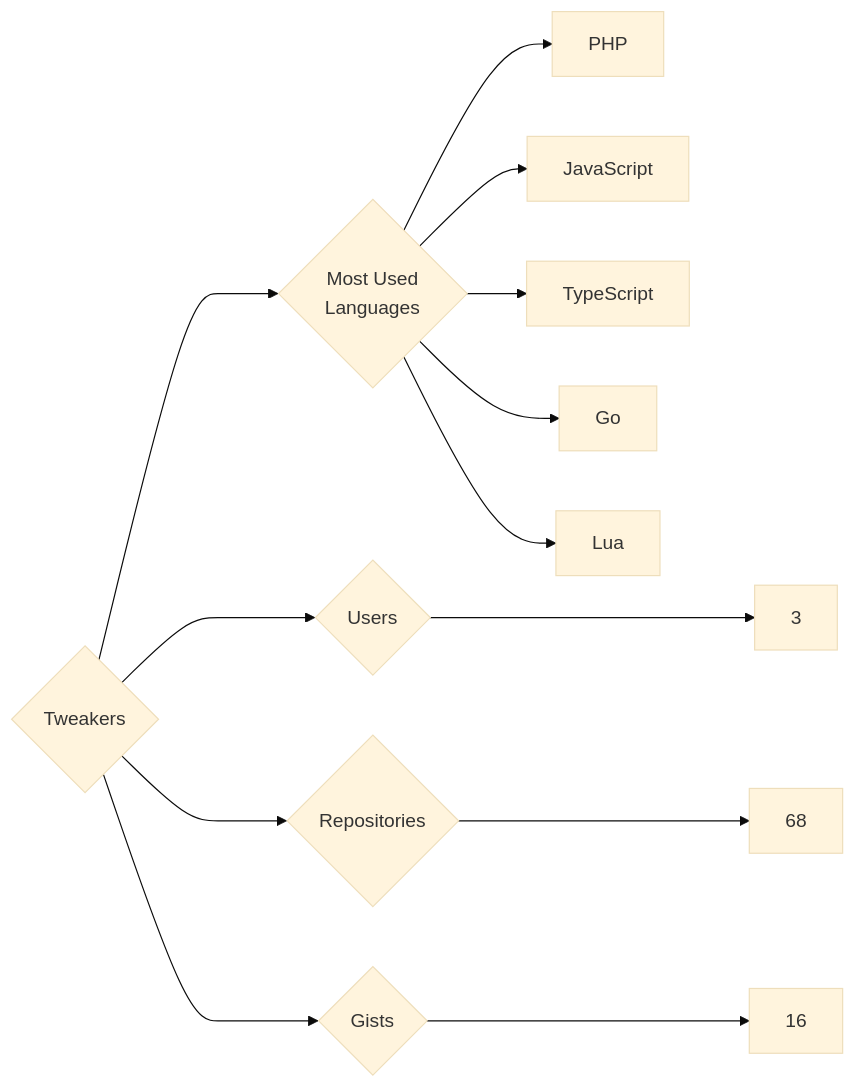
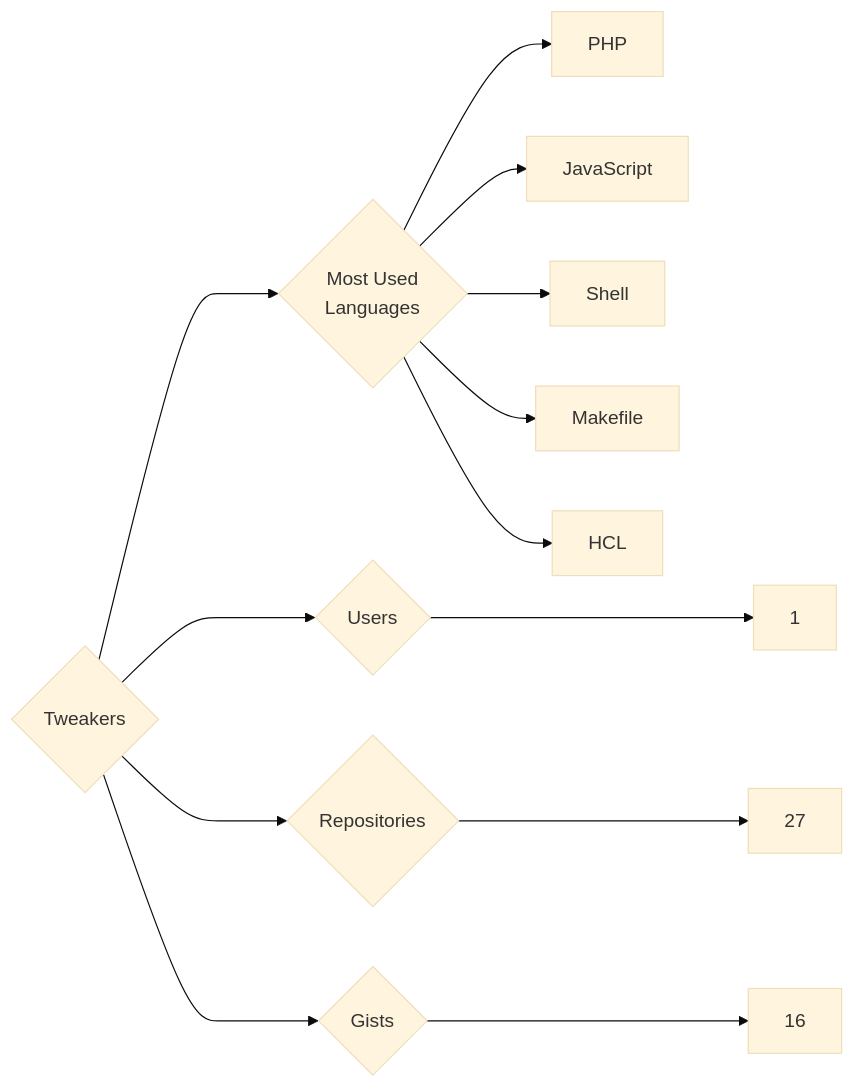
The diagram in targets/Tweakers/README.md (trickest/insiders), drawn with Mermaid (base theme) before and after one commit. The commit also changed 1248 other files, not shown here.

````diff
--- a/targets/Tweakers/README.md
+++ b/targets/Tweakers/README.md
@@ -3,13 +3,13 @@
 ```mermaid
 graph LR
 COMPANY_NAME{Tweakers}
-COMPANY_NAME ---> U{Users} ---> UN[3]
-COMPANY_NAME ---> R{Repositories} ---> RN[68]
+COMPANY_NAME ---> U{Users} ---> UN[1]
+COMPANY_NAME ---> R{Repositories} ---> RN[27]
 COMPANY_NAME ---> G{Gists} ---> GN[16]
 COMPANY_NAME ---> ML{Most Used<br>Languages}
 ML --> PHP[PHP]
 ML --> JavaScript[JavaScript]
-ML --> TypeScript[TypeScript]
-ML --> Go[Go]
-ML --> Lua[Lua]
+ML --> Shell[Shell]
+ML --> Makefile[Makefile]
+ML --> HCL[HCL]
 ```
````
